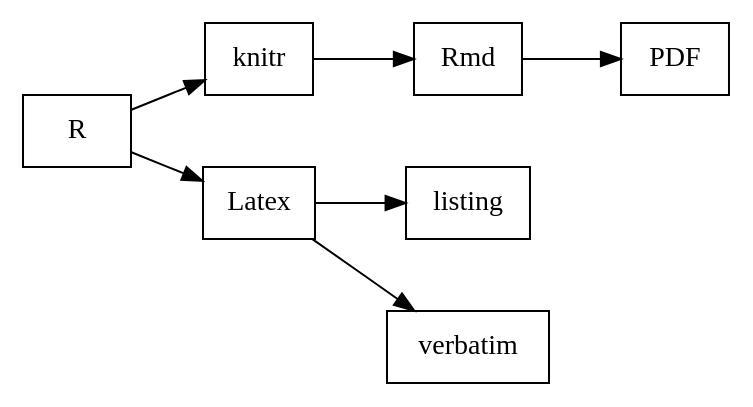
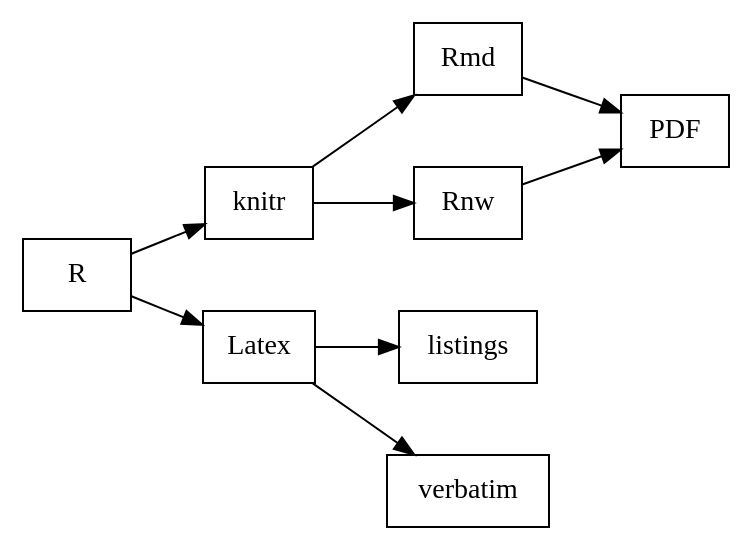
Before and after one commit to bwtian/learnRviaCode: the diagram in R/R2Tex.org, drawn with Graphviz. The commit also changed other lines of this file and 1 other file, not shown here.

Commit message:
- ‘R/.#R2Tex.org’ / ‘R/R2Tex.org’

```diff
--- a/R/R2Tex.org
+++ b/R/R2Tex.org
@@ -4,19 +4,20 @@
 #+BEGIN_SRC dot :file ./r2tex.svg
 digraph {
 rankdir=LR;
 fontname="Times";
 fontsize = 12;
 splines = false;
 ranksep = 0.5;
 nodesep = 0.5;
 node [shape = box]
 //1. set node
 R [label = "R"]
 
 //2. set path
 R -> knitr -> Rmd -> PDF
-R -> Latex -> listing
+knitr -> Rnw -> PDF
+R -> Latex -> listings
 Latex -> verbatim
 //3. set rank
 }
 #+END_SRC
```
